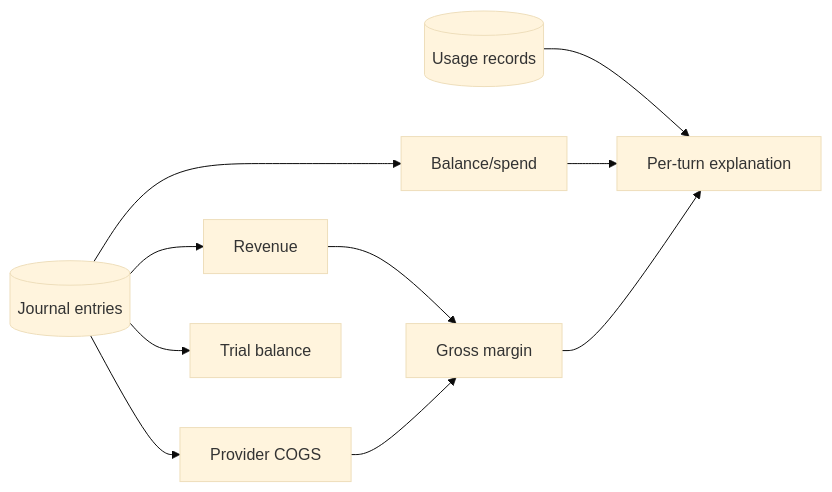
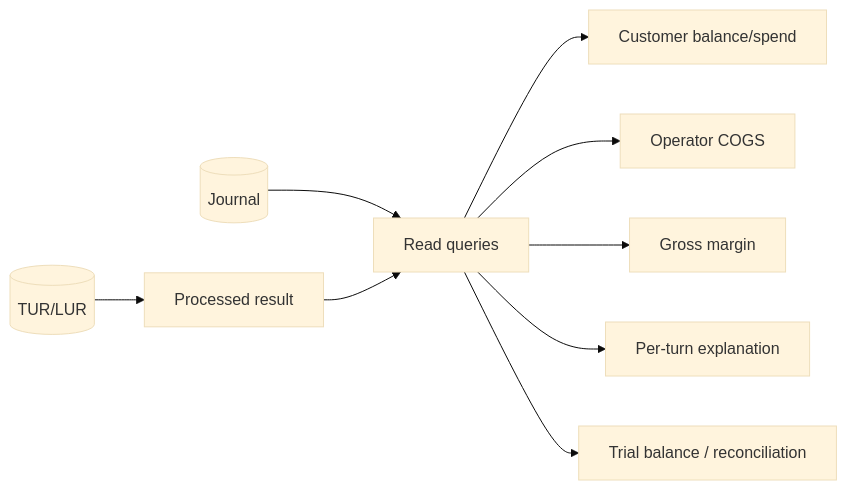
One commit to matdev83/go-llm-interactive-proxy changed the fifth of 6 diagrams in .kiro/specs/usage-record-ledger-billing/design.md. Above: the diagram before and after it, drawn with Mermaid (base theme). The commit also changed other lines of this file, not shown here.

Commit message:
spec: clarify billing journal and replay design

````diff
--- a/.kiro/specs/usage-record-ledger-billing/design.md
+++ b/.kiro/specs/usage-record-ledger-billing/design.md
@@ -740,12 +633,11 @@
 ```mermaid
 flowchart LR
-    TUR[(Usage records)] --> EX[Per-turn explanation]
-    JE[(Journal entries)] --> BAL[Balance/spend]
-    JE --> REV[Revenue]
-    JE --> COST[Provider COGS]
-    REV --> GM[Gross margin]
-    COST --> GM
-    JE --> TB[Trial balance]
-    BAL --> EX
-    GM --> EX
+    U[(TUR/LUR)] --> P[Processed result]
+    J[(Journal)] --> Q[Read queries]
+    P --> Q
+    Q --> C[Customer balance/spend]
+    Q --> O[Operator COGS]
+    Q --> M[Gross margin]
+    Q --> D[Per-turn explanation]
+    Q --> R[Trial balance / reconciliation]
 ```
````
